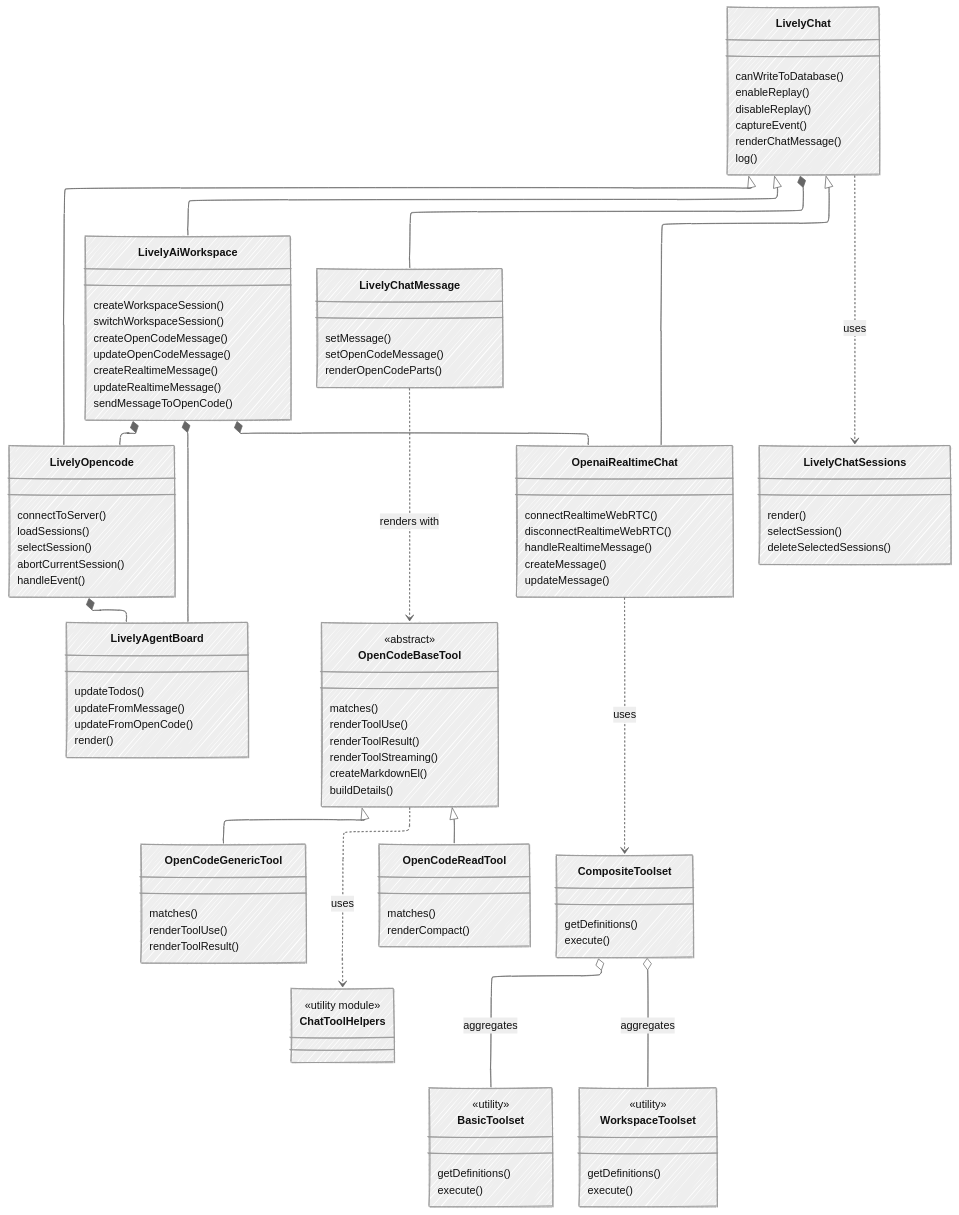
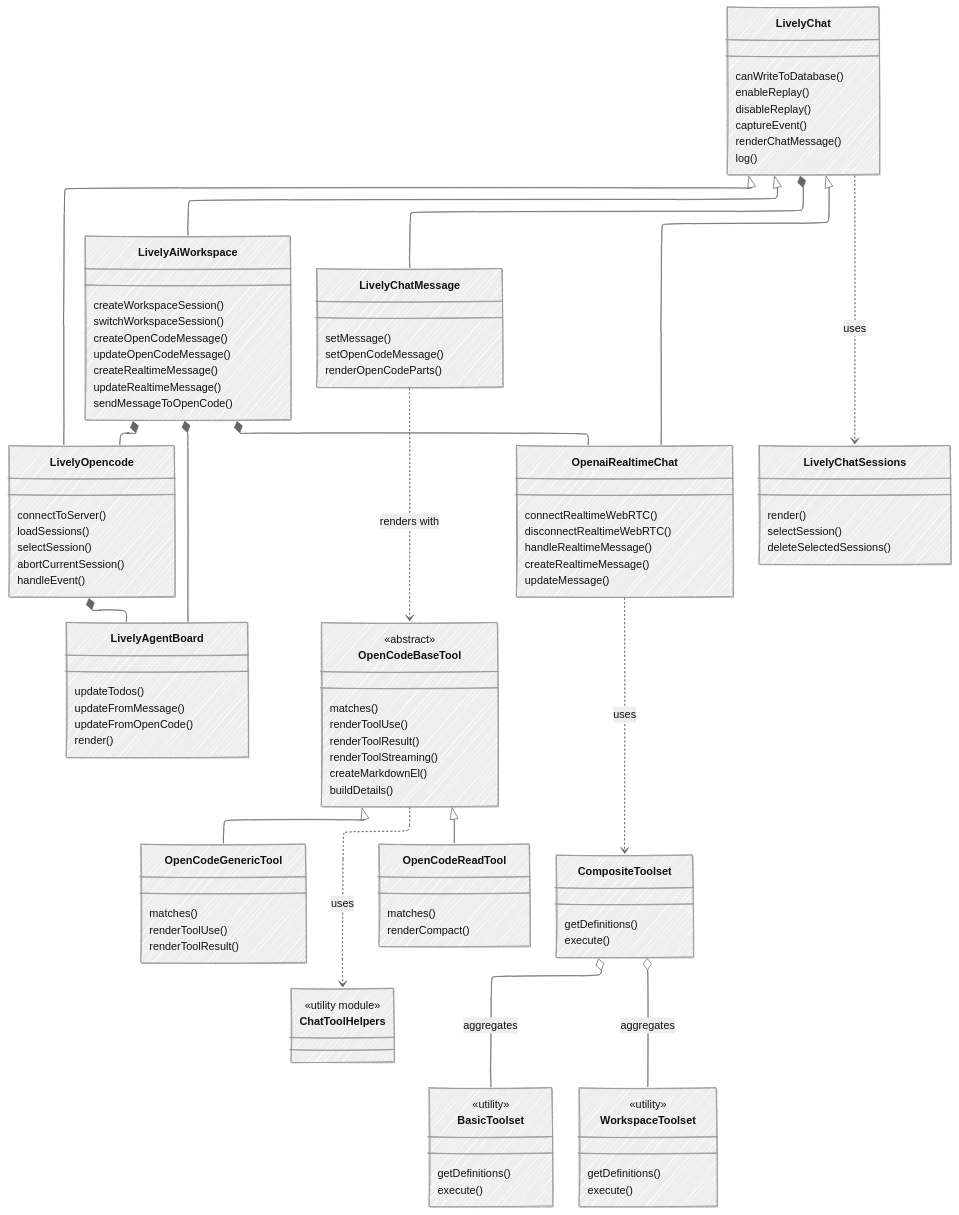
The diagram in src/ai-workspace/components/index.md (LivelyKernel/lively4-core), drawn with Mermaid before and after one commit. The commit also changed 6 other files, not shown here.

```diff
--- a/src/ai-workspace/components/index.md
+++ b/src/ai-workspace/components/index.md
@@ -47,7 +47,7 @@
         connectRealtimeWebRTC()
         disconnectRealtimeWebRTC()
         handleRealtimeMessage()
-        createMessage()
+        createRealtimeMessage()
         updateMessage()
     }
     
```
